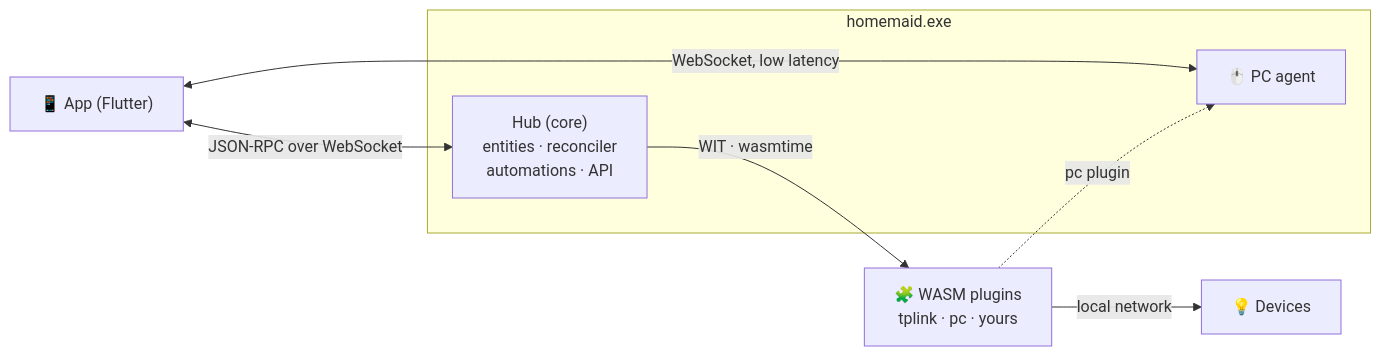
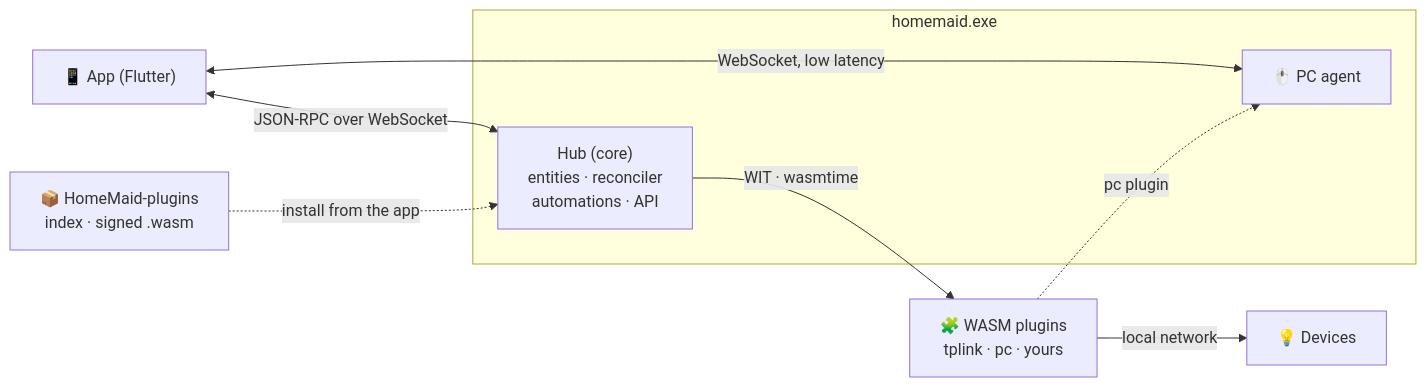
One commit to ErwanHeschung/HomeMaid changed the diagram in README.md. Above: the diagram before and after it, drawn with Mermaid. The commit also changed other lines of this file, not shown here.

First line of the commit message:
README: plugins installed from the app, the registry, tplink in HomeMaid-plugins

````diff
--- a/README.md
+++ b/README.md
@@ -112,12 +120,13 @@
 ```mermaid
 flowchart LR
     app["📱 App (Flutter)"] <-- "JSON-RPC over WebSocket" --> core
     app <-- "WebSocket, low latency" --> agent["🖱️ PC agent"]
     subgraph exe ["homemaid.exe"]
         core["Hub (core)<br/>entities · reconciler<br/>automations · API"]
         agent
     end
     core -- "WIT · wasmtime" --> plugins["🧩 WASM plugins<br/>tplink · pc · yours"]
     plugins -- "local network" --> devices["💡 Devices"]
     plugins -. "pc plugin" .-> agent
+    registry["📦 HomeMaid-plugins<br/>index · signed .wasm"] -. "install from the app" .-> core
 ```
````
